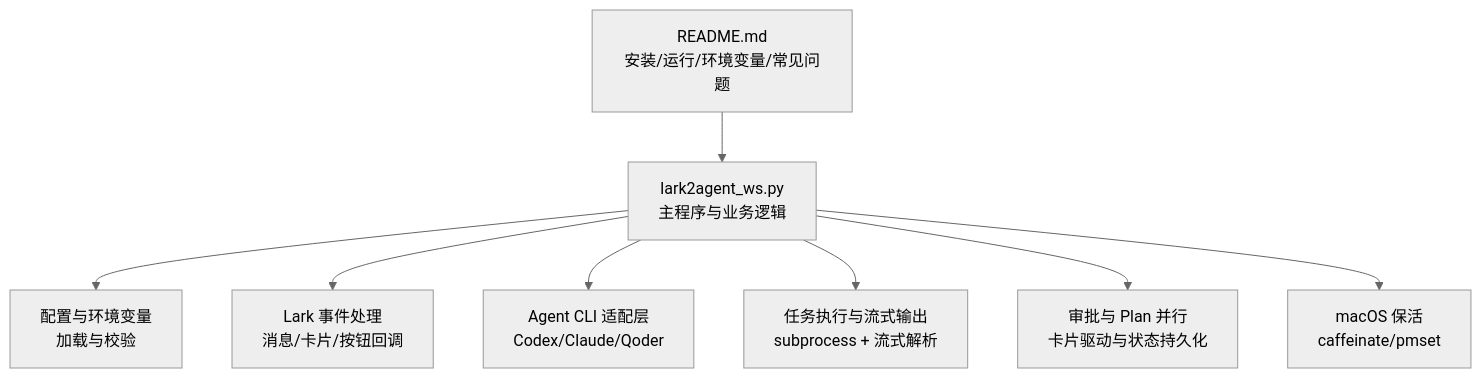
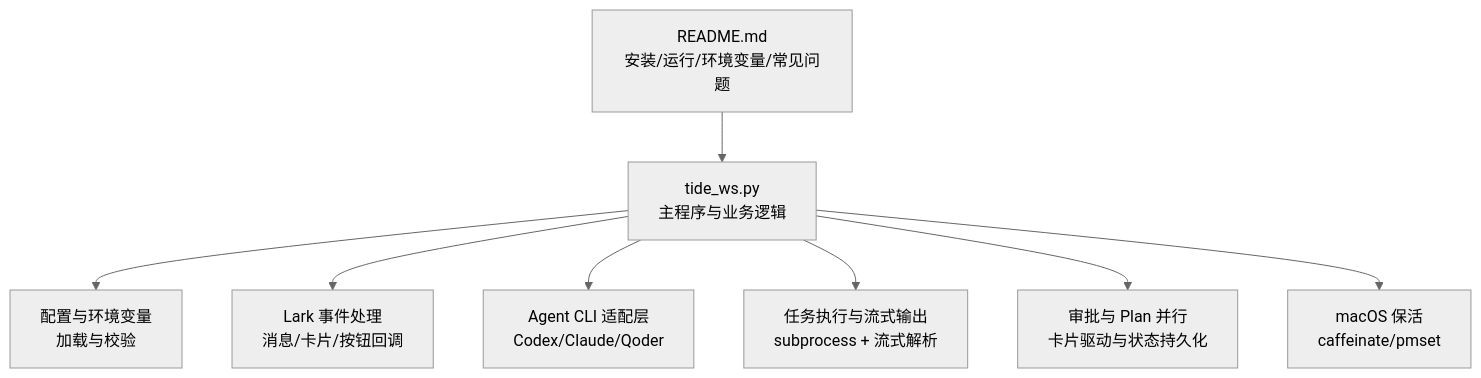
The first of 3 diagrams in .qoder/repowiki/zh/content/开发指南/调试和故障排除.md (winditer/tide), drawn with Mermaid (neutral theme) before and after one commit. The commit also changed other lines of this file and 260 other files, not shown here.

````diff
--- a/.qoder/repowiki/zh/content/开发指南/调试和故障排除.md
+++ b/.qoder/repowiki/zh/content/开发指南/调试和故障排除.md
@@ -28,10 +28,10 @@
 ```mermaid
 graph TB
-A["lark2agent_ws.py<br/>主程序与业务逻辑"] --> B["配置与环境变量<br/>加载与校验"]
+A["tide_ws.py<br/>主程序与业务逻辑"] --> B["配置与环境变量<br/>加载与校验"]
 A --> C["Lark 事件处理<br/>消息/卡片/按钮回调"]
 A --> D["Agent CLI 适配层<br/>Codex/Claude/Qoder"]
 A --> E["任务执行与流式输出<br/>subprocess + 流式解析"]
 A --> F["审批与 Plan 并行<br/>卡片驱动与状态持久化"]
 A --> G["macOS 保活<br/>caffeinate/pmset"]
 H["README.md<br/>安装/运行/环境变量/常见问题"] --> A
 ```
````
